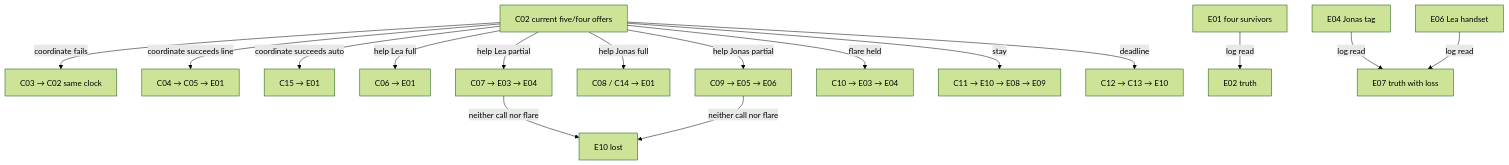
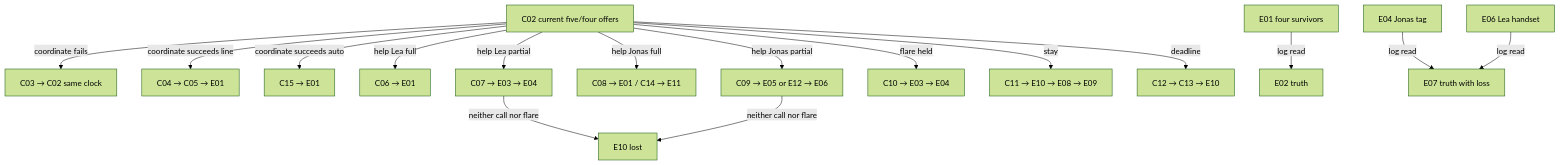
The fourth of 4 diagrams in examples/whiteout/production/storyboards/BRANCHES.md (rjtg/grimm), drawn with Mermaid (forest theme) before and after one commit. The commit also changed other lines of this file and 29 other files, not shown here.

````diff
--- a/examples/whiteout/production/storyboards/BRANCHES.md
+++ b/examples/whiteout/production/storyboards/BRANCHES.md
@@ -147,18 +147,18 @@
 ```mermaid
 flowchart TD
  C02["C02 current five/four offers"] -->|coordinate fails| C03["C03 → C02 same clock"]
  C02 -->|coordinate succeeds line| C04["C04 → C05 → E01"]
  C02 -->|coordinate succeeds auto| C15["C15 → E01"]
  C02 -->|help Lea full| C06["C06 → E01"]
  C02 -->|help Lea partial| C07["C07 → E03 → E04"]
- C02 -->|help Jonas full| C08["C08 / C14 → E01"]
- C02 -->|help Jonas partial| C09["C09 → E05 → E06"]
+ C02 -->|help Jonas full| C08["C08 → E01 / C14 → E11"]
+ C02 -->|help Jonas partial| C09["C09 → E05 or E12 → E06"]
  C02 -->|flare held| C10["C10 → E03 → E04"]
  C02 -->|stay| C11["C11 → E10 → E08 → E09"]
  C02 -->|deadline| C12["C12 → C13 → E10"]
  C07 -->|neither call nor flare| E10["E10 lost"]
  C09 -->|neither call nor flare| E10
  E01["E01 four survivors"] -->|log read| E02["E02 truth"]
  E04["E04 Jonas tag"] -->|log read| E07["E07 truth with loss"]
  E06["E06 Lea handset"] -->|log read| E07
 ```
````
